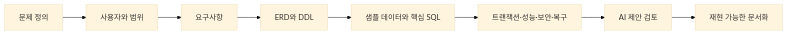
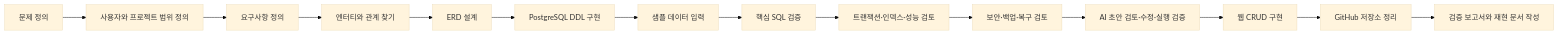
One commit to GilbertMoon/ai-database-book changed the diagram in images/chapter15/ch15_01_service_project_flow.mmd. Above: the diagram before and after it, drawn with Mermaid (base theme). The commit also changed 2 other files, not shown here.

```diff
--- a/images/chapter15/ch15_01_service_project_flow.mmd
+++ b/images/chapter15/ch15_01_service_project_flow.mmd
@@ -1,8 +1,14 @@
 flowchart LR
-    A[문제 정의] --> B[사용자와 범위]
-    B --> C[요구사항]
-    C --> D[ERD와 DDL]
-    D --> E[샘플 데이터와 핵심 SQL]
-    E --> F[트랜잭션·성능·보안·복구]
-    F --> G[AI 제안 검토]
-    G --> H[재현 가능한 문서화]
+    A[문제 정의] --> B[사용자와 프로젝트 범위 정의]
+    B --> C[요구사항 정의]
+    C --> D[엔터티와 관계 찾기]
+    D --> E[ERD 설계]
+    E --> F[PostgreSQL DDL 구현]
+    F --> G[샘플 데이터 입력]
+    G --> H[핵심 SQL 검증]
+    H --> I[트랜잭션·인덱스·성능 검토]
+    I --> J[보안·백업·복구 검토]
+    J --> K[AI 초안 검토·수정·실행 검증]
+    K --> L[웹 CRUD 구현]
+    L --> M[GitHub 저장소 정리]
+    M --> N[검증 보고서와 재현 문서 작성]
```
